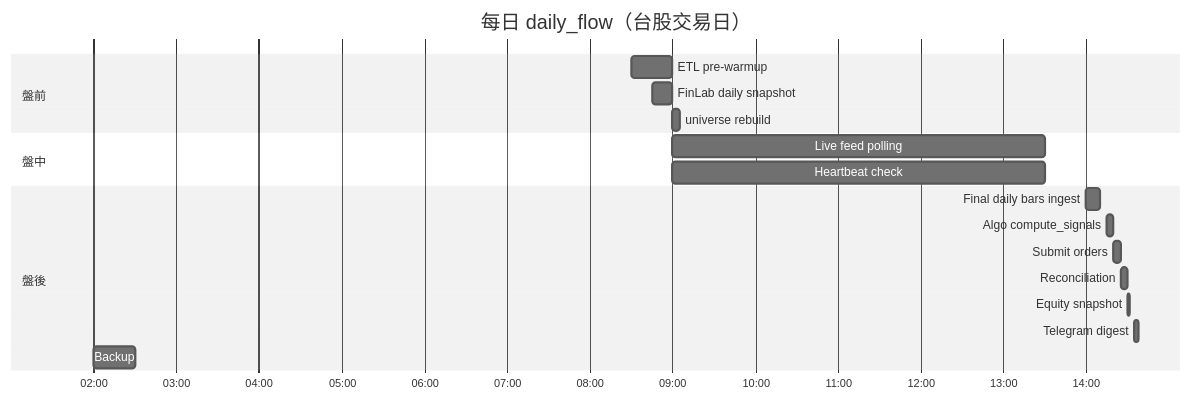
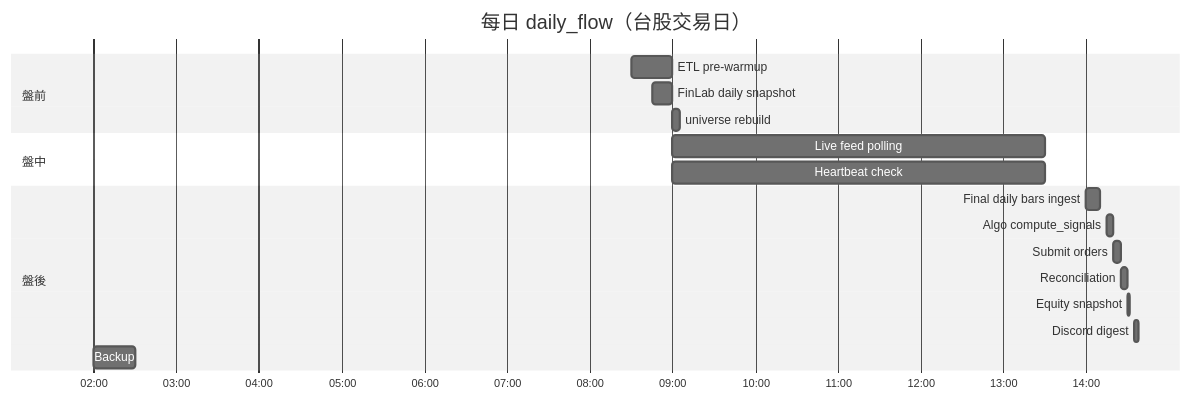
One commit to Zenobia000/Quantitative_Trading changed the fifth of 5 diagrams in dev_docs/23_deployment_topology.md. Above: the diagram before and after it, drawn with Mermaid (neutral theme). The commit also changed other lines of this file and 12 other files, not shown here.

First line of the commit message:
docs: sweep Telegram → Discord across 13 docs (ADR-010 落地)

````diff
--- a/dev_docs/23_deployment_topology.md
+++ b/dev_docs/23_deployment_topology.md
@@ -461,24 +461,24 @@
 ```mermaid
 gantt
     title 每日 daily_flow（台股交易日）
     dateFormat HH:mm
     axisFormat %H:%M
 
     section 盤前
     ETL pre-warmup           :08:30, 30m
     FinLab daily snapshot    :08:45, 15m
     universe rebuild         :09:00, 5m
 
     section 盤中
     Live feed polling        :09:00, 270m
     Heartbeat check          :09:00, 270m
 
     section 盤後
     Final daily bars ingest  :14:00, 10m
     Algo compute_signals     :14:15, 5m
     Submit orders            :14:20, 5m
     Reconciliation           :14:25, 5m
     Equity snapshot          :14:30, 2m
-    Telegram digest          :14:35, 3m
+    Discord digest          :14:35, 3m
     Backup                   :02:00, 30m
 ```
````
